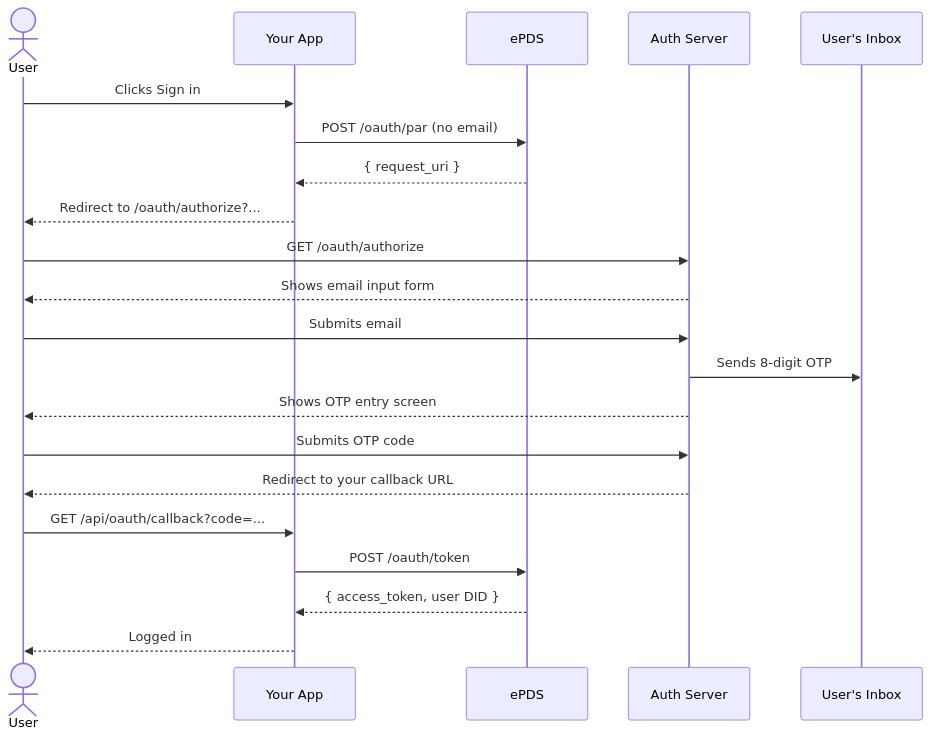
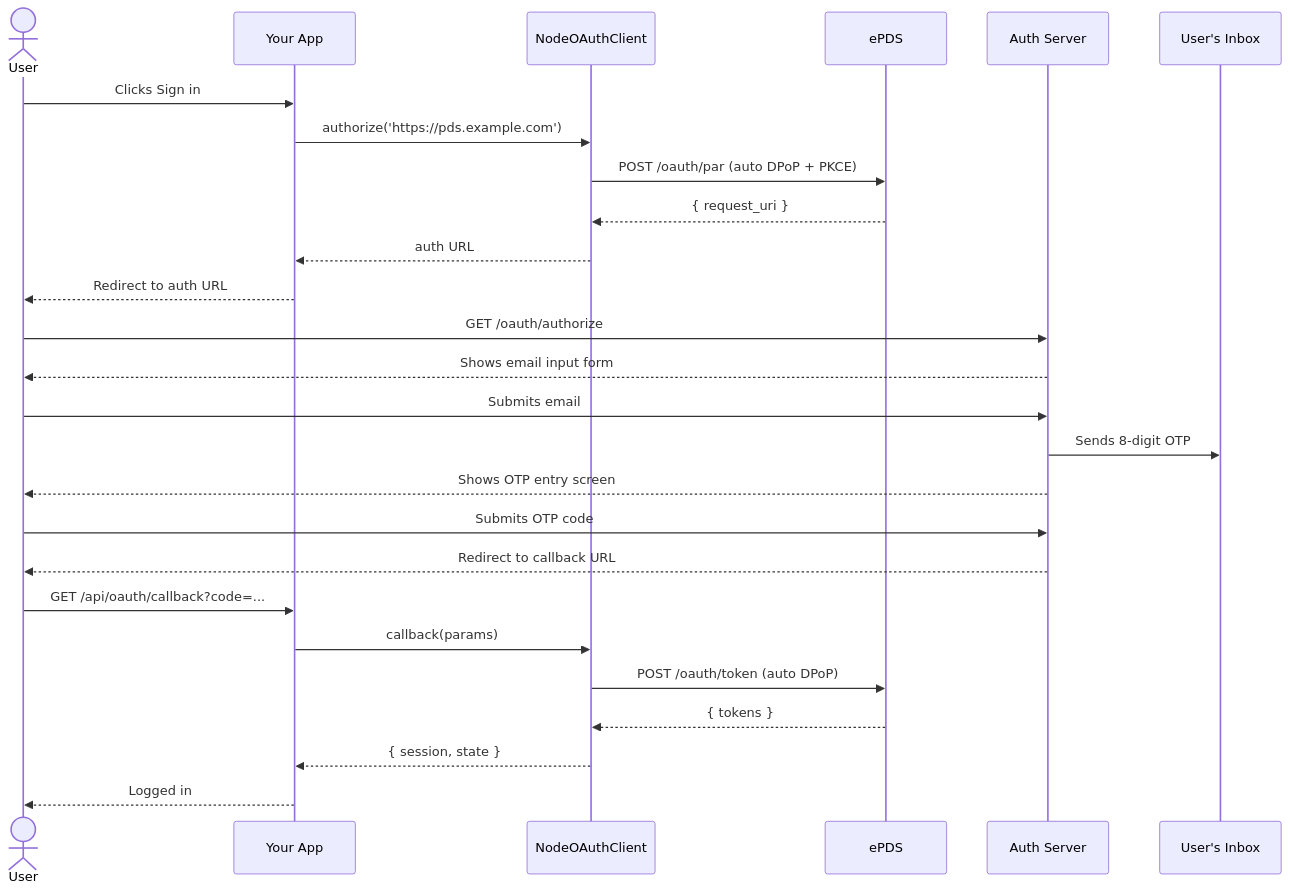
One commit to attpslabs/ePDS changed the second of 2 diagrams in .agents/skills/epds-login/references/flows.md. Above: the diagram before and after it, drawn with Mermaid. The commit also changed other lines of this file and 5 other files, not shown here.

First line of the commit message:
docs: rewrite login skill and tutorial for @atproto/oauth-client-node

````diff
--- a/.agents/skills/epds-login/references/flows.md
+++ b/.agents/skills/epds-login/references/flows.md
@@ -266,28 +308,33 @@
 ```mermaid
 sequenceDiagram
     actor User
     participant App as Your App
+    participant Lib as NodeOAuthClient
     participant PDS as ePDS
     participant Auth as Auth Server
     participant Inbox as User's Inbox
 
     User->>App: Clicks Sign in
-    App->>PDS: POST /oauth/par (no email)
-    PDS-->>App: { request_uri }
-    App-->>User: Redirect to /oauth/authorize?...
+    App->>Lib: authorize('https://pds.example.com')
+    Lib->>PDS: POST /oauth/par (auto DPoP + PKCE)
+    PDS-->>Lib: { request_uri }
+    Lib-->>App: auth URL
+    App-->>User: Redirect to auth URL
 
     User->>Auth: GET /oauth/authorize
     Auth-->>User: Shows email input form
 
     User->>Auth: Submits email
     Auth->>Inbox: Sends 8-digit OTP
     Auth-->>User: Shows OTP entry screen
 
     User->>Auth: Submits OTP code
-    Auth-->>User: Redirect to your callback URL
+    Auth-->>User: Redirect to callback URL
 
     User->>App: GET /api/oauth/callback?code=...
-    App->>PDS: POST /oauth/token
-    PDS-->>App: { access_token, user DID }
+    App->>Lib: callback(params)
+    Lib->>PDS: POST /oauth/token (auto DPoP)
+    PDS-->>Lib: { tokens }
+    Lib-->>App: { session, state }
     App-->>User: Logged in
 ```
````
